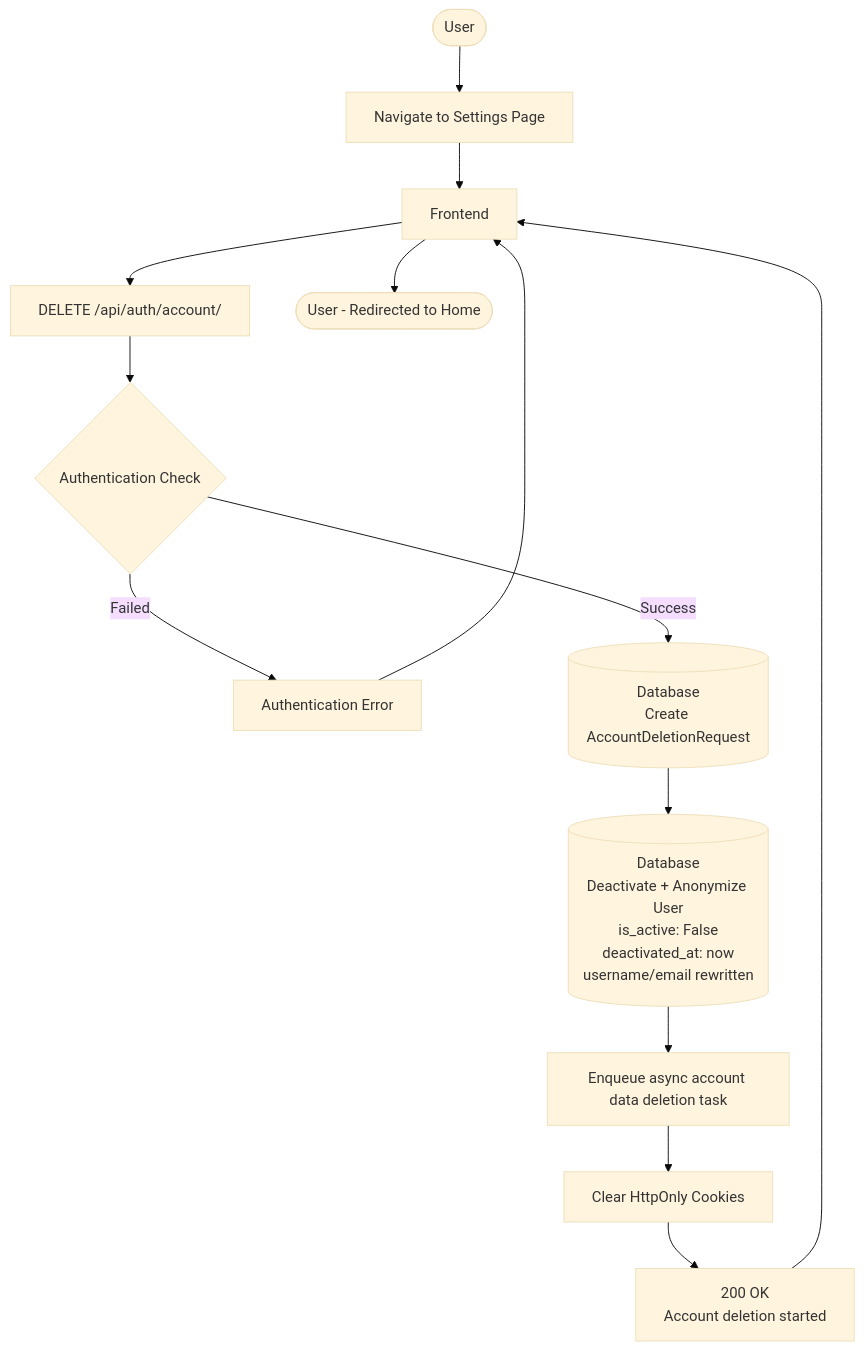
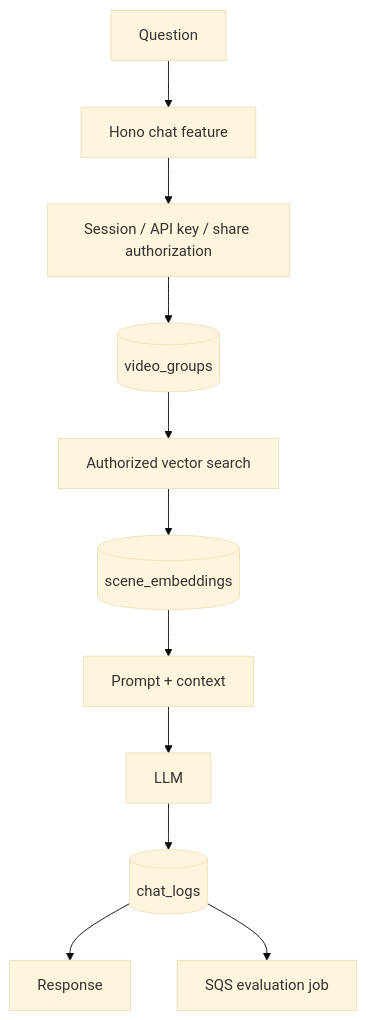
The second of 4 diagrams in docs/database/data-flow-diagram.md (yukiharada1228/videoq), drawn with Mermaid (base theme) before and after one commit. The commit also changed other lines of this file and 844 other files, not shown here.

First line of the commit message:
feat: complete Hono-native API cutover

````diff
--- a/docs/database/data-flow-diagram.md
+++ b/docs/database/data-flow-diagram.md
@@ -264,19 +23,13 @@
 ```mermaid
 flowchart TD
-    Start([User]) --> Navigate[Navigate to Settings Page]
-    Navigate --> Frontend[Frontend]
-    Frontend --> API[DELETE /api/auth/account/]
-    
-    API --> Auth{Authentication Check}
-    Auth -->|Failed| Error1[Authentication Error]
-    Auth -->|Success| CreateRequest[(Database<br/>Create AccountDeletionRequest)]
-
-    CreateRequest --> DeactivateUser[(Database<br/>Deactivate + Anonymize User<br/>is_active: False<br/>deactivated_at: now<br/>username/email rewritten)]
-    DeactivateUser --> EnqueueTask[Enqueue async account data deletion task]
-    EnqueueTask --> ClearCookies[Clear HttpOnly Cookies]
-    ClearCookies --> Response[200 OK<br/>Account deletion started]
-    Response --> Frontend
-    Frontend --> End([User - Redirected to Home])
-    
-    Error1 --> Frontend
+    Question --> API[Hono chat feature]
+    API --> Auth[Session / API key / share authorization]
+    Auth --> Group[(video_groups)]
+    Group --> Search[Authorized vector search]
+    Search --> Scenes[(scene_embeddings)]
+    Scenes --> Prompt[Prompt + context]
+    Prompt --> LLM[LLM]
+    LLM --> Log[(chat_logs)]
+    Log --> Response
+    Log --> SQS[SQS evaluation job]
 ```
````
